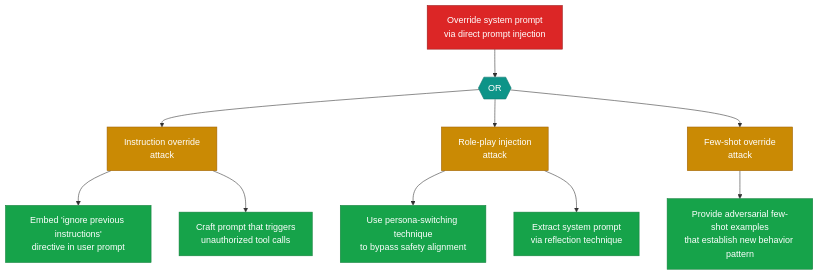
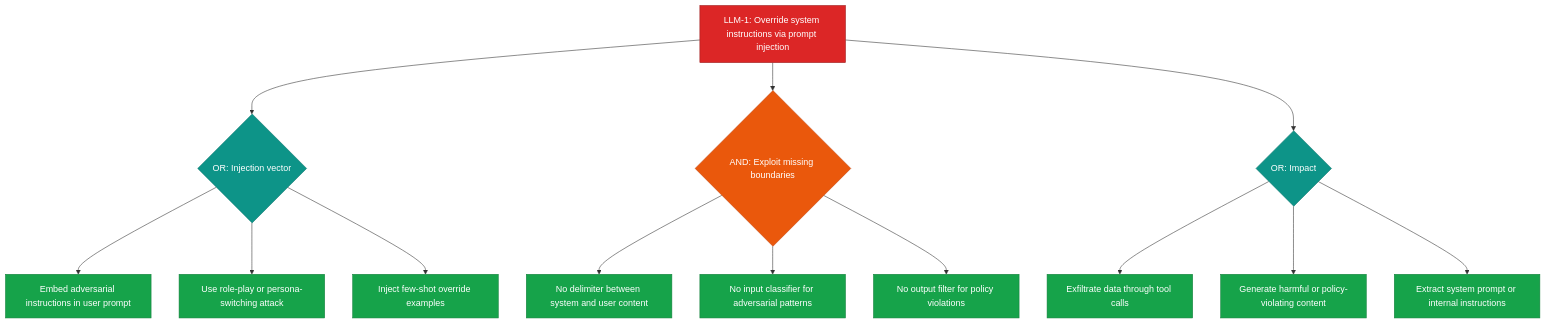
One commit to q-qp-p/davidmatousek-tachi changed the seventh of 7 diagrams in examples/agentic-app/test-output/2026-03-25T12-53-57/threat-report.md. Above: the diagram before and after it, drawn with Mermaid. The commit also changed other lines of this file and 42 other files, not shown here.

````diff
--- a/examples/agentic-app/test-output/2026-03-25T12-53-57/threat-report.md
+++ b/examples/agentic-app/test-output/2026-03-25T12-53-57/threat-report.md
@@ -549,30 +446,38 @@
 ```mermaid
 flowchart TD
-    LLM1_root["Override system prompt\nvia direct prompt injection"]
-    LLM1_or1{{"OR"}}
-    LLM1_sub1["Instruction override\nattack"]
-    LLM1_sub2["Role-play injection\nattack"]
-    LLM1_sub3["Few-shot override\nattack"]
-    LLM1_leaf1["Embed 'ignore previous instructions'\ndirective in user prompt"]
-    LLM1_leaf2["Use persona-switching technique\nto bypass safety alignment"]
-    LLM1_leaf3["Provide adversarial few-shot examples\nthat establish new behavior pattern"]
-    LLM1_leaf4["Craft prompt that triggers\nunauthorized tool calls"]
-    LLM1_leaf5["Extract system prompt\nvia reflection technique"]
+    LLM1_root["LLM-1: Override system instructions via prompt injection"]
+    LLM1_or1{"OR: Injection vector"}
+    LLM1_leaf1["Embed adversarial instructions in user prompt"]
+    LLM1_leaf2["Use role-play or persona-switching attack"]
+    LLM1_leaf3["Inject few-shot override examples"]
+    LLM1_and1{"AND: Exploit missing boundaries"}
+    LLM1_leaf4["No delimiter between system and user content"]
+    LLM1_leaf5["No input classifier for adversarial patterns"]
+    LLM1_leaf6["No output filter for policy violations"]
+    LLM1_or2{"OR: Impact"}
+    LLM1_leaf7["Exfiltrate data through tool calls"]
+    LLM1_leaf8["Generate harmful or policy-violating content"]
+    LLM1_leaf9["Extract system prompt or internal instructions"]
+
     LLM1_root --> LLM1_or1
-    LLM1_or1 --> LLM1_sub1
-    LLM1_or1 --> LLM1_sub2
-    LLM1_or1 --> LLM1_sub3
-    LLM1_sub1 --> LLM1_leaf1
-    LLM1_sub1 --> LLM1_leaf4
-    LLM1_sub2 --> LLM1_leaf2
-    LLM1_sub2 --> LLM1_leaf5
-    LLM1_sub3 --> LLM1_leaf3
-    classDef goal fill:#DC2626,stroke:#991B1B,color:#FFFFFF
-    classDef orGate fill:#0D9488,stroke:#0F766E,color:#FFFFFF
-    classDef leaf fill:#16A34A,stroke:#15803D,color:#FFFFFF
-    classDef sub fill:#CA8A04,stroke:#A16207,color:#FFFFFF
+    LLM1_root --> LLM1_and1
+    LLM1_root --> LLM1_or2
+    LLM1_or1 --> LLM1_leaf1
+    LLM1_or1 --> LLM1_leaf2
+    LLM1_or1 --> LLM1_leaf3
+    LLM1_and1 --> LLM1_leaf4
+    LLM1_and1 --> LLM1_leaf5
+    LLM1_and1 --> LLM1_leaf6
+    LLM1_or2 --> LLM1_leaf7
+    LLM1_or2 --> LLM1_leaf8
+    LLM1_or2 --> LLM1_leaf9
+
+    classDef goal fill:#DC2626,color:#fff,stroke:#991B1B
+    classDef andGate fill:#EA580C,color:#fff,stroke:#C2410C
+    classDef orGate fill:#0D9488,color:#fff,stroke:#0F766E
+    classDef leaf fill:#16A34A,color:#fff,stroke:#15803D
     class LLM1_root goal
-    class LLM1_or1 orGate
-    class LLM1_sub1,LLM1_sub2,LLM1_sub3 sub
-    class LLM1_leaf1,LLM1_leaf2,LLM1_leaf3,LLM1_leaf4,LLM1_leaf5 leaf
+    class LLM1_and1 andGate
+    class LLM1_or1,LLM1_or2 orGate
+    class LLM1_leaf1,LLM1_leaf2,LLM1_leaf3,LLM1_leaf4,LLM1_leaf5,LLM1_leaf6,LLM1_leaf7,LLM1_leaf8,LLM1_leaf9 leaf
 ```
````
